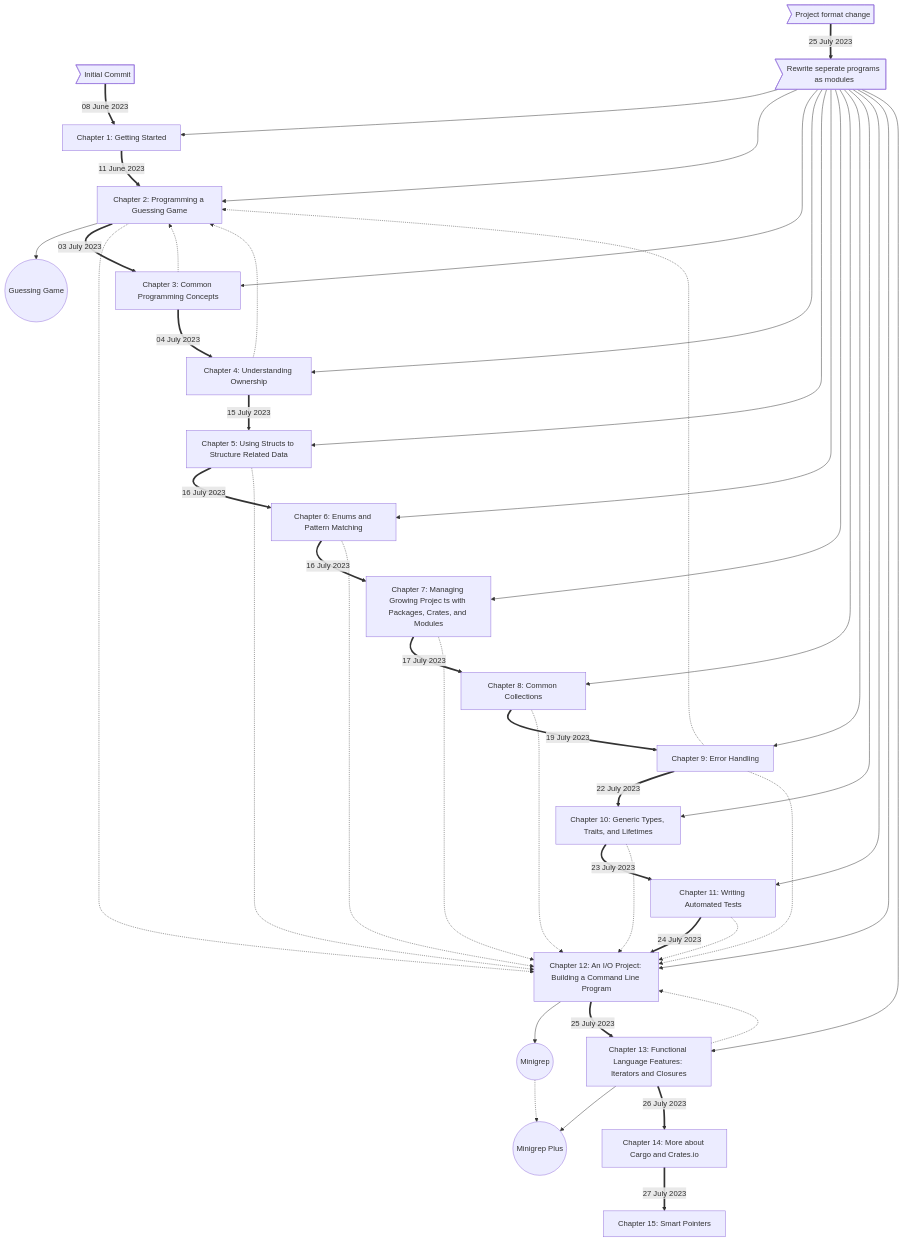
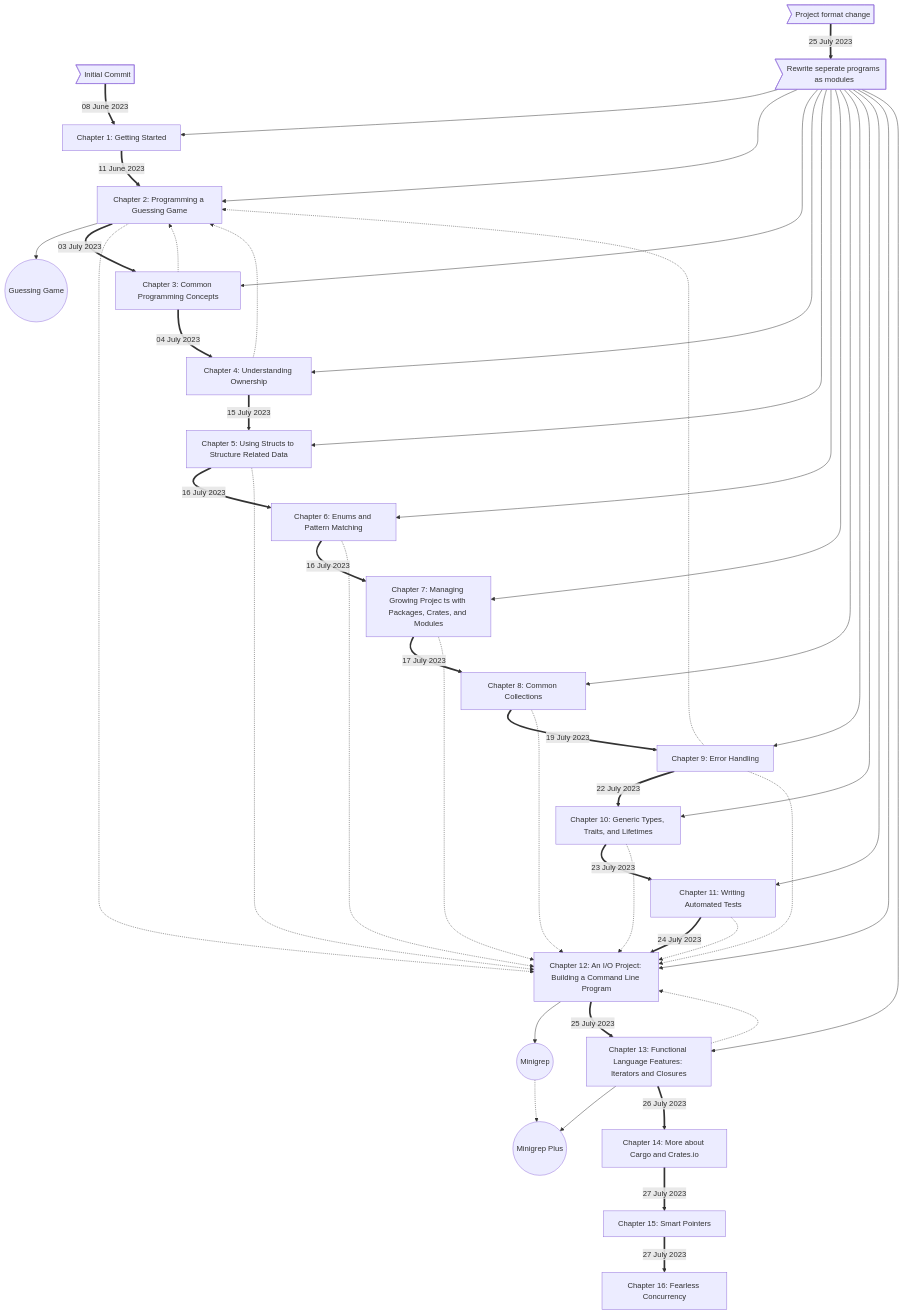
The diagram in README.md (c4collins/the-rust-programming-language-rust-2021), drawn with Mermaid before and after one commit. The commit also changed 10 other files, not shown here.

````diff
--- a/README.md
+++ b/README.md
@@ -19,60 +19,61 @@
 ```mermaid 
 flowchart TD
     0> Initial Commit ] == 08 June 2023 ==> 1[Chapter 1: Getting Started]
     1 == 11 June 2023 ==> 2[Chapter 2: Programming a Guessing Game]
     2 --> P1((Guessing Game))
 
     2 == 03 July 2023 ==> 3[Chapter 3: Common Programming Concepts]
     3 -.-> 2
 
     3 == 04 July 2023 ==> 4[Chapter 4: Understanding Ownership]
     4 -.-> 2
 
     4 == 15 July 2023 ==> 5[Chapter 5: Using Structs to Structure Related Data]
     5 == 16 July 2023 ==> 6[Chapter 6: Enums and Pattern Matching]
     6 == 16 July 2023 ==> 7[Chapter 7: Managing Growing Projec ts with Packages, Crates, and Modules]
     7 == 17 July 2023 ==> 8[Chapter 8: Common Collections]
     8 == 19 July 2023 ==> 9[Chapter 9: Error Handling]
 
     9 == 22 July 2023 ==> 10[Chapter 10: Generic Types, Traits, and Lifetimes]
     9 -.-> 2
 
     10 == 23 July 2023 ==> 11[Chapter 11: Writing Automated Tests]
 
     11 == 24 July 2023 ==> 12[Chapter 12: An I/O Project: Building a Command Line Program]
     2 -.-> 12
     5 -.-> 12
     6 -.-> 12
     7 -.-> 12
     8 -.-> 12
     9 -.-> 12
     10 -.-> 12
     11 -.-> 12
     12 --> P2((Minigrep))
 
 
     00> Project format change ] == 25 July 2023 ==> 000> Rewrite seperate programs as modules ]
     000 --> 1
     000 --> 2
     000 --> 3
     000 --> 4
     000 --> 5
     000 --> 6
     000 --> 7
     000 --> 8
     000 --> 9
     000 --> 10
     000 --> 11
     000 --> 12
     000 --> 13
 
     12 == 25 July 2023 ==> 13[Chapter 13: Functional Language Features: Iterators and Closures]
     13 -.-> 12
 
     13 --> P3((Minigrep Plus))
     P2 -.-> P3
 
     13 == 26 July 2023 ==> 14[Chapter 14: More about Cargo and Crates.io]
 
     14 == 27 July 2023 ==> 15[Chapter 15: Smart Pointers]
+    15 == 27 July 2023 ==> 16[Chapter 16: Fearless Concurrency]
 ```
````
